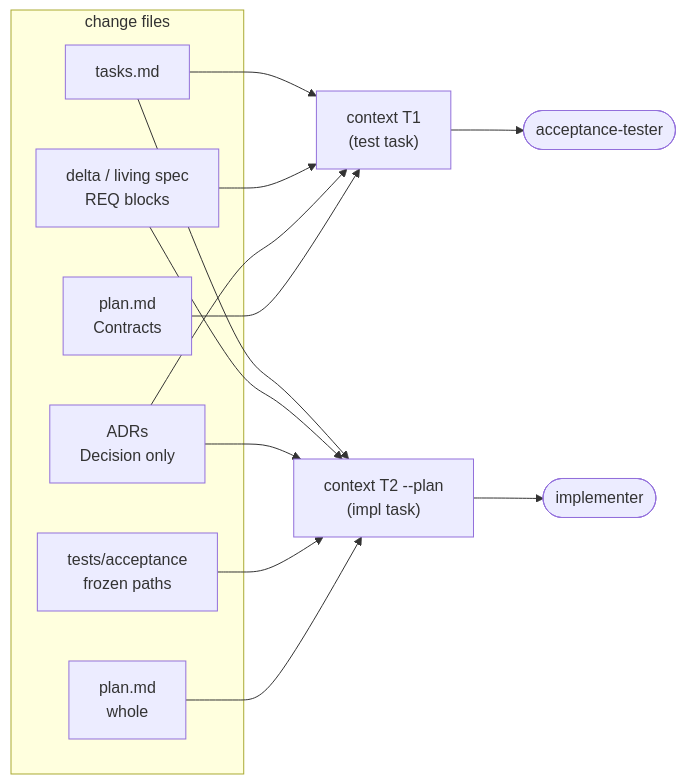
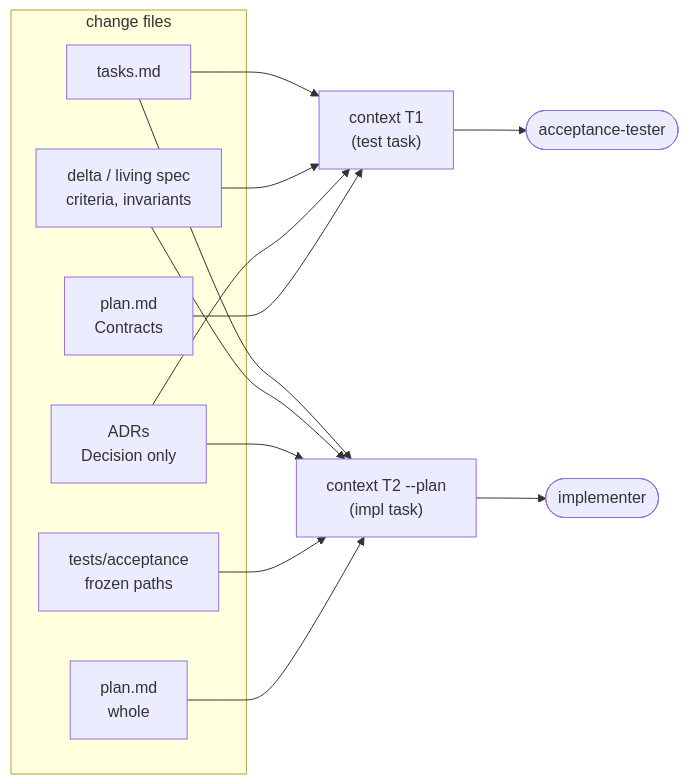
One commit to gpr/claude-plugins changed the diagram in plugins/meta/sdd/docs/explanation/context-bundles.md. Above: the diagram before and after it, drawn with Mermaid. The commit also changed other lines of this file and 52 other files, not shown here.

````diff
--- a/plugins/meta/sdd/docs/explanation/context-bundles.md
+++ b/plugins/meta/sdd/docs/explanation/context-bundles.md
@@ -20,17 +20,17 @@
 ```mermaid
 flowchart LR
     subgraph files ["change files"]
         T[tasks.md]
-        D["delta / living spec<br/>REQ blocks"]
+        D["delta / living spec<br/>criteria, invariants"]
         AD["ADRs<br/>Decision only"]
         PC["plan.md<br/>Contracts"]
         PF["plan.md<br/>whole"]
         FZ["tests/acceptance<br/>frozen paths"]
     end
     T & D & AD --> CT["context T1<br/>(test task)"]
     PC --> CT
     T & D & AD --> CI["context T2 --plan<br/>(impl task)"]
     FZ & PF --> CI
     CT --> ATS([acceptance-tester])
     CI --> IMP([implementer])
 ```
````
